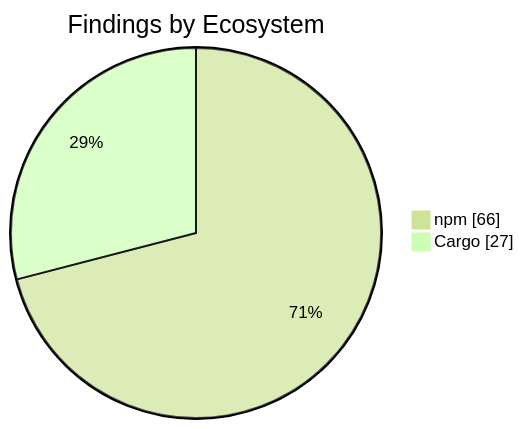
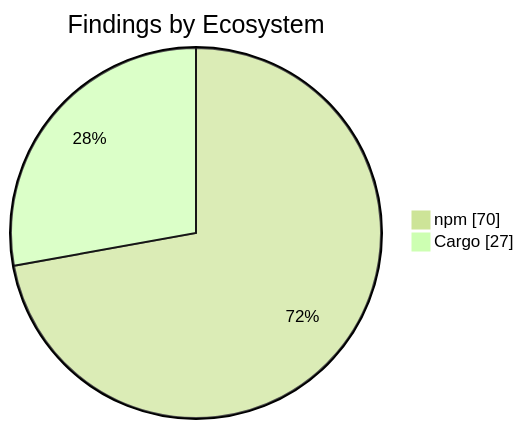
Before and after one commit to KBVE/kbve: the second of 2 diagrams in apps/kbve/astro-kbve/src/content/docs/dashboard/security.mdx, drawn with Mermaid (forest theme). The commit also changed other lines of this file and 8 other files, not shown here.

````diff
--- a/apps/kbve/astro-kbve/src/content/docs/dashboard/security.mdx
+++ b/apps/kbve/astro-kbve/src/content/docs/dashboard/security.mdx
@@ -73,6 +73,6 @@
 ```mermaid
 pie showData
     title Findings by Ecosystem
-    "npm" : 66
+    "npm" : 70
     "Cargo" : 27
 ```
````
